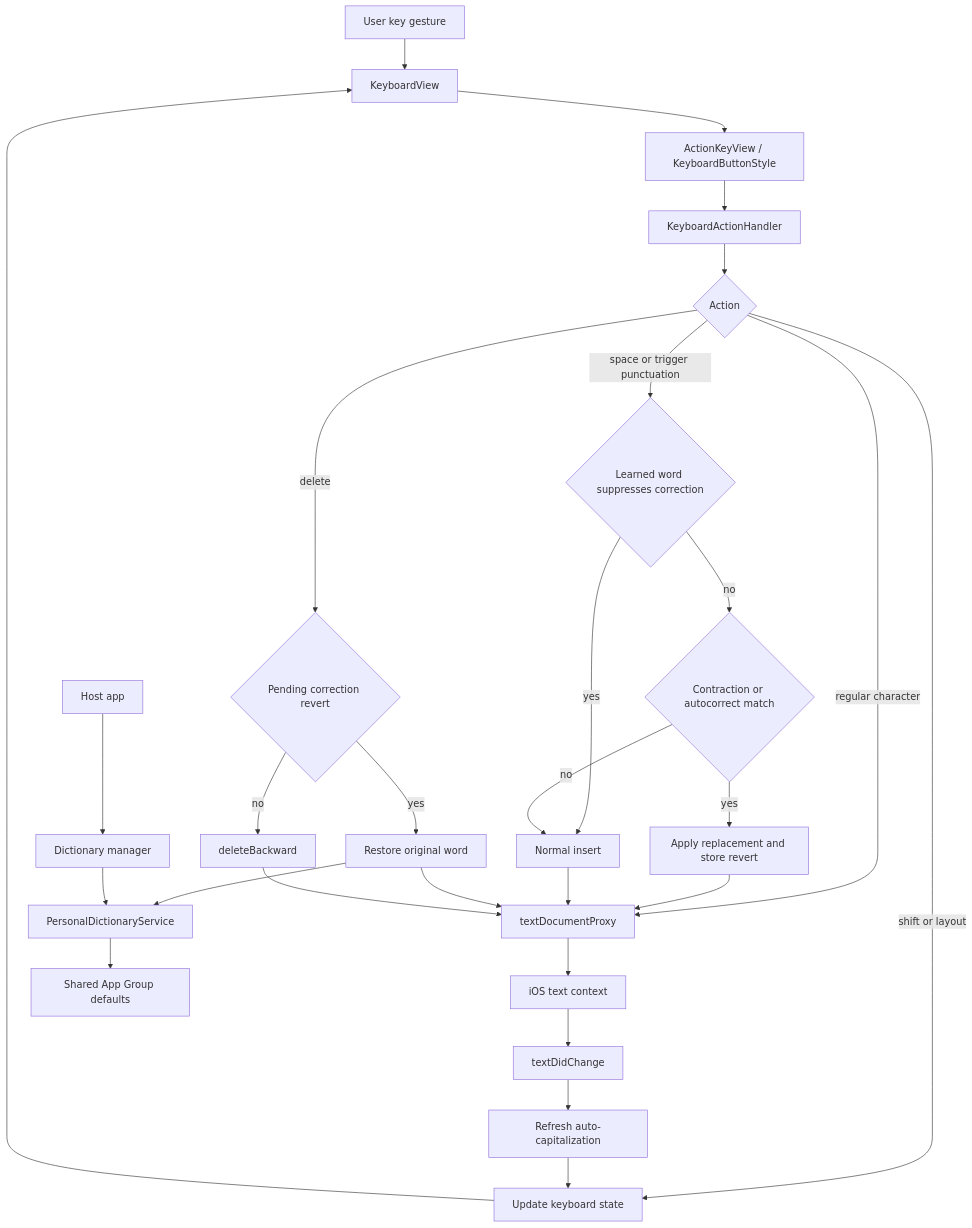
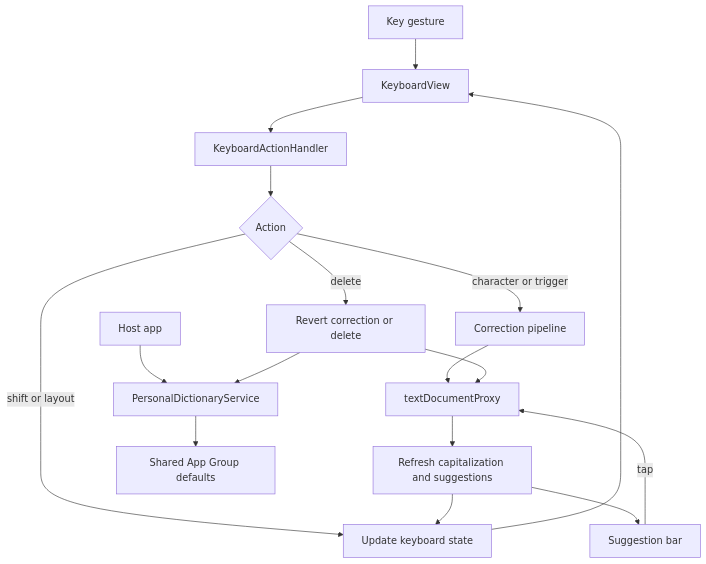
One commit to Faleonfall/MyCuKey changed the diagram in README.md. Above: the diagram before and after it, drawn with Mermaid. The commit also changed other lines of this file and 12 other files, not shown here.

````diff
--- a/README.md
+++ b/README.md
@@ -121,36 +121,22 @@
 ```mermaid
 flowchart TD
-    U[User key gesture] --> V[KeyboardView]
-    V --> S[ActionKeyView / KeyboardButtonStyle]
-    S --> H[KeyboardActionHandler]
+    U[Key gesture] --> V[KeyboardView]
+    V --> H[KeyboardActionHandler]
 
     H --> D{Action}
     D -->|shift or layout| T[Update keyboard state]
-    D -->|delete| R{Pending correction revert}
-    D -->|space or trigger punctuation| Q{Learned word suppresses correction}
-    D -->|regular character| P[textDocumentProxy]
+    D -->|delete| R[Revert correction or delete]
+    D -->|character or trigger| C[Correction pipeline]
 
-    Q -->|yes| N[Normal insert]
-    Q -->|no| C{Contraction or autocorrect match}
-    C -->|yes| A[Apply replacement and store revert]
-    C -->|no| N
-
-    R -->|yes| O[Restore original word]
-    R -->|no| B[deleteBackward]
-
-    A --> P
-    N --> P
-    O --> PD[PersonalDictionaryService]
-    O --> P
-    B --> P
-
-    P --> I[iOS text context]
-    I --> X[textDidChange]
-    X --> AC[Refresh auto-capitalization]
-    AC --> T
+    C --> P[textDocumentProxy]
+    R --> P
+    P --> S[Refresh capitalization and suggestions]
+    S --> BAR[Suggestion bar]
+    BAR -->|tap| P
+    S --> T
     T --> V
 
-    APP[Host app] --> M[Dictionary manager]
-    M --> PD
+    APP[Host app] --> PD[PersonalDictionaryService]
+    R --> PD
     PD --> G[Shared App Group defaults]
 ```
````
